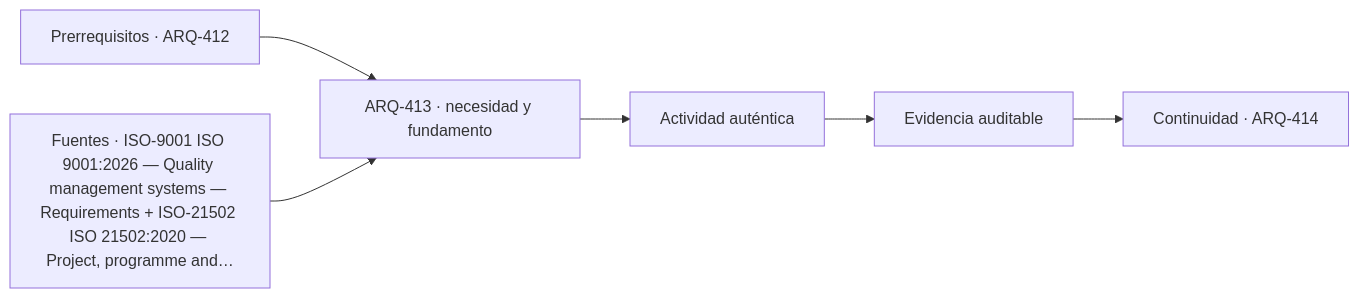
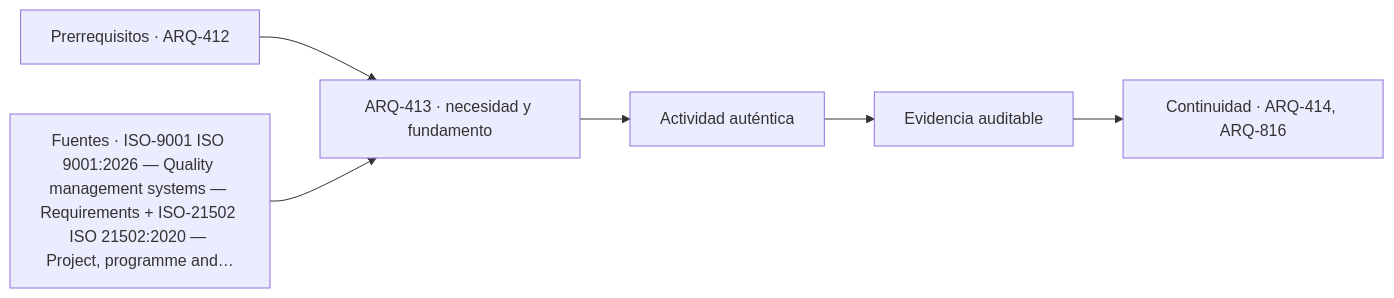
The diagram in classes/parte-42/ARQ-413.md (vladimiracunadev-create/architecture-built-environment-learning-program), drawn with Mermaid before and after one commit. The commit also changed other lines of this file and 234 other files, not shown here.

````diff
--- a/classes/parte-42/ARQ-413.md
+++ b/classes/parte-42/ARQ-413.md
@@ -87,8 +87,8 @@
 ```mermaid
 flowchart LR
     A["Prerrequisitos · ARQ-412"] --> B["ARQ-413 · necesidad y fundamento"]
     S["Fuentes · ISO-9001 ISO 9001:2026 — Quality management systems — Requirements + ISO-21502 ISO 21502:2020 — Project, programme and…"] --> B
     B --> C["Actividad auténtica"]
     C --> D["Evidencia auditable"]
-    D --> E["Continuidad · ARQ-414"]
+    D --> E["Continuidad · ARQ-414, ARQ-816"]
 ```
````
